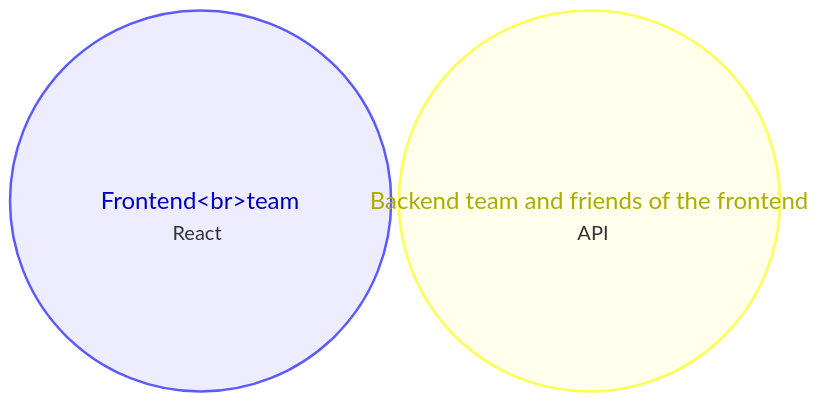
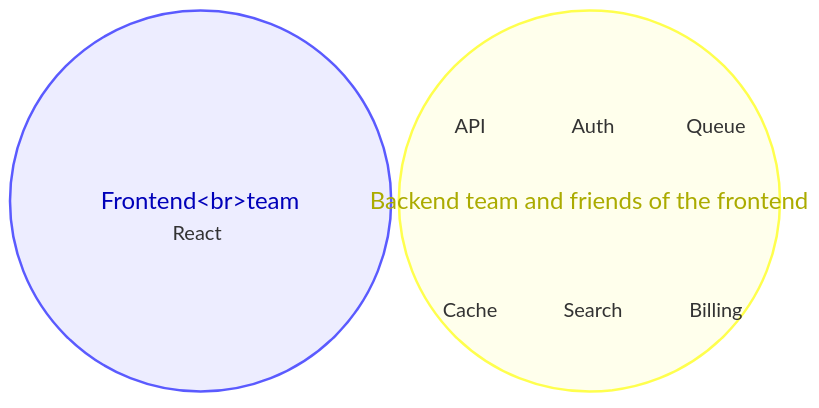
Before and after one commit to mermaid-js/mermaid-v13: the diagram in e2e/diagrams/venn/nightly-check/layout/label-lines-above-text-nodes.mmd, drawn with Mermaid. The commit also changed 12 other files, not shown here.

First line of the commit message:
fix(venn): start text grids below the labels and keep them inside the area (D750)

```diff
--- a/e2e/diagrams/venn/nightly-check/layout/label-lines-above-text-nodes.mmd
+++ b/e2e/diagrams/venn/nightly-check/layout/label-lines-above-text-nodes.mmd
@@ -1,11 +1,16 @@
 ---
 description: >-
   Set labels of two lines (a <br>) and three (wrapped, D414) above their text
-  nodes: each text grid moves down by what its label reaches below one line, so
-  no node lies under its set's label (D613, #770).
+  nodes, one under the first and six under the second: each text grid starts
+  below its set's label and stays inside the set's circle (D750, #770, #1295).
 ---
 venn-beta
   set A["Frontend<br>team"]
     text a1["React"]
   set B["Backend team and friends of the frontend"]
     text b1["API"]
+    text b2["Auth"]
+    text b3["Queue"]
+    text b4["Cache"]
+    text b5["Search"]
+    text b6["Billing"]
```
